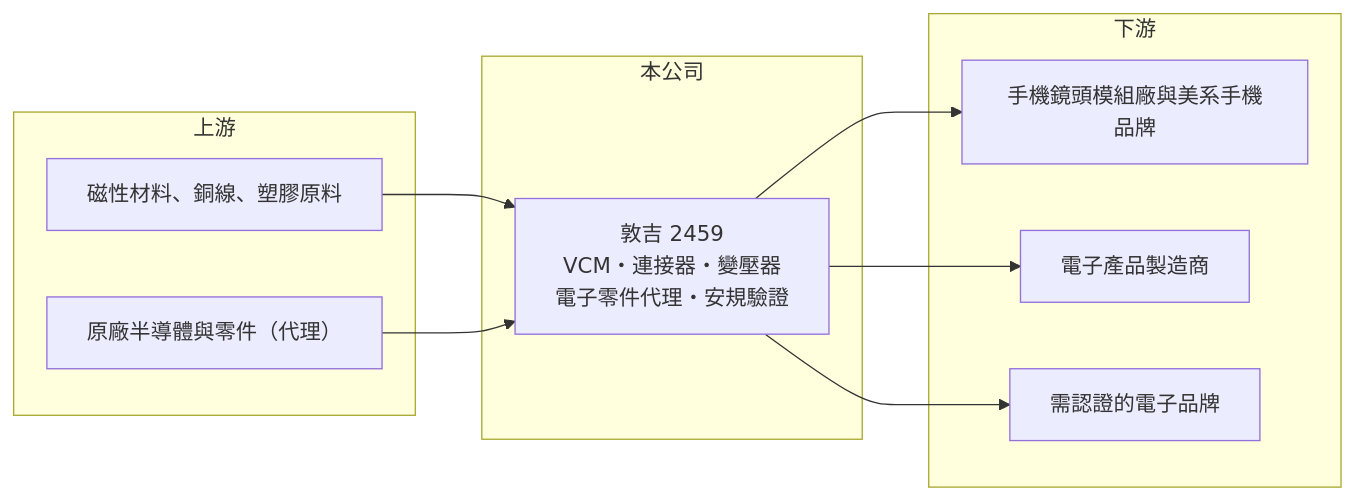
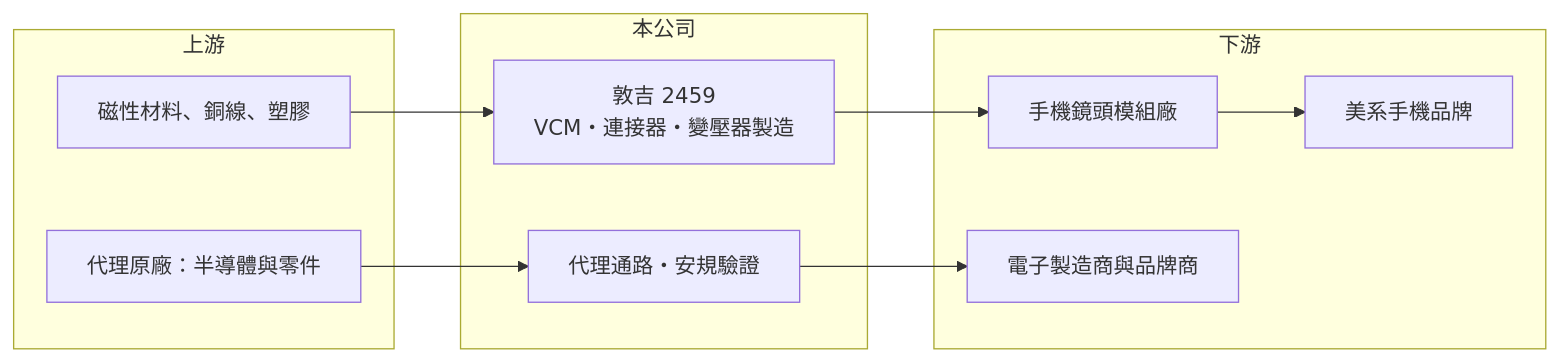
Before and after one commit to wangnick1004/taiwan-stock-vault: the second of 2 diagrams in 個股/台股/2459敦吉.md, drawn with Mermaid. The commit also changed other lines of this file and 10 other files, not shown here.

````diff
--- a/個股/台股/2459敦吉.md
+++ b/個股/台股/2459敦吉.md
@@ -97,20 +111,21 @@
 ```mermaid
 flowchart LR
     subgraph 上游
-        A1["磁性材料、銅線、塑膠原料"]
-        A2["原廠半導體與零件（代理）"]
+        A1[磁性材料、銅線、塑膠]
+        A2[代理原廠：半導體與零件]
     end
     subgraph 本公司
-        B["敦吉 2459<br/>VCM・連接器・變壓器<br/>電子零件代理・安規驗證"]
+        B[敦吉 2459<br/>VCM・連接器・變壓器製造]
+        B2[代理通路・安規驗證]
     end
     subgraph 下游
-        C1["手機鏡頭模組廠與美系手機品牌"]
-        C2["電子產品製造商"]
-        C3["需認證的電子品牌"]
+        C1[手機鏡頭模組廠]
+        C2[美系手機品牌]
+        C3[電子製造商與品牌商]
     end
     A1 --> B
-    A2 --> B
+    A2 --> B2
     B --> C1
-    B --> C2
-    B --> C3
+    C1 --> C2
+    B2 --> C3
 ```
````
